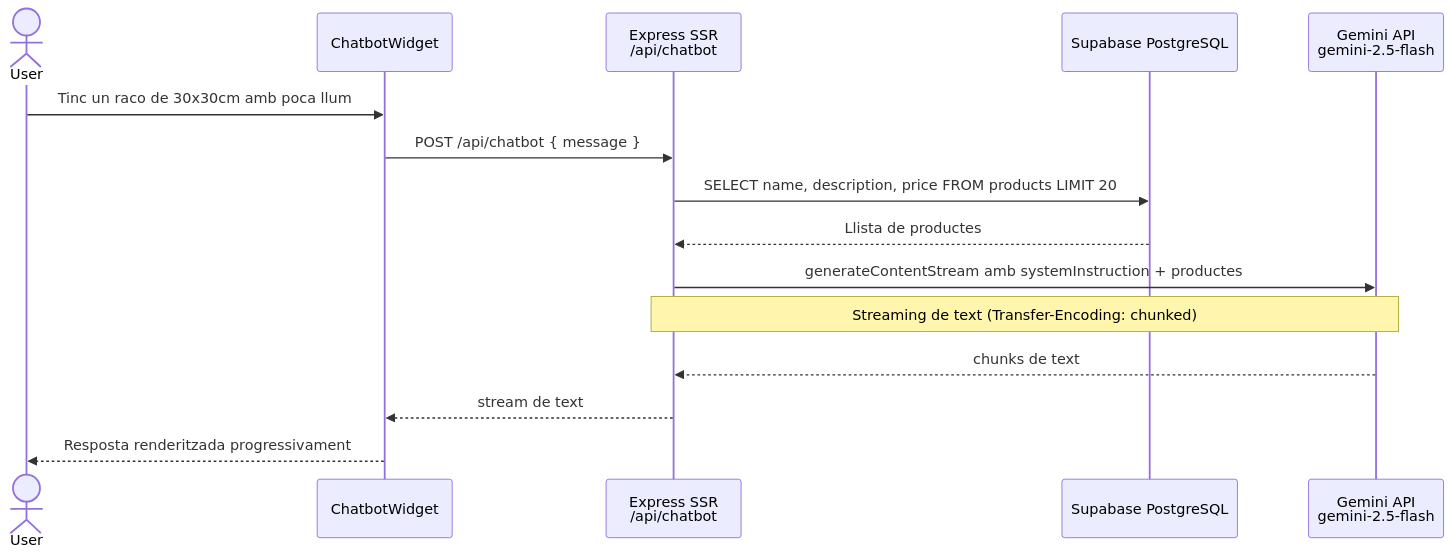
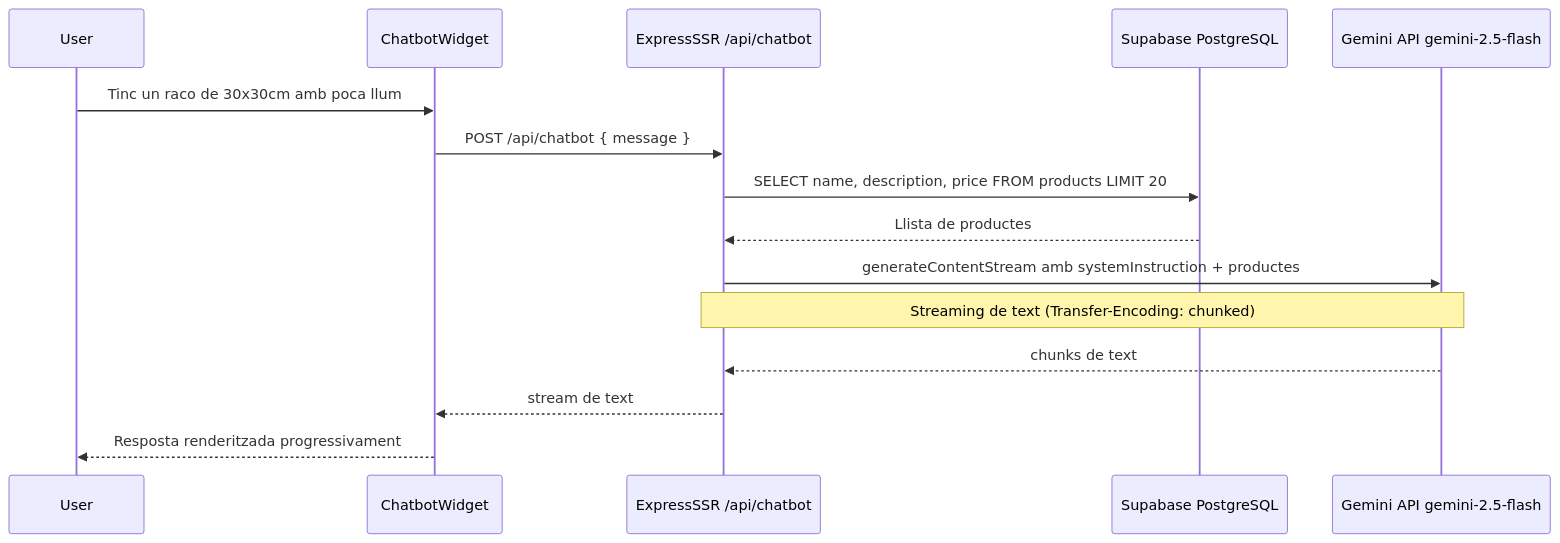
One commit to isahun/winter-garden changed the seventh of 8 diagrams in DIAGRAMS.md. Above: the diagram before and after it, drawn with Mermaid. The commit also changed other lines of this file, not shown here.

Commit message:
docs(diagrams): fix diagram visualization, ctrl shift v to visualize

````diff
--- a/DIAGRAMS.md
+++ b/DIAGRAMS.md
@@ -285,18 +285,18 @@
 ```mermaid
 sequenceDiagram
-    actor User
+    participant User
     participant Widget as ChatbotWidget
-    participant SSR as Express SSR<br/>/api/chatbot
+    participant SSR as ExpressSSR /api/chatbot
     participant DB as Supabase PostgreSQL
-    participant Gemini as Gemini API<br/>gemini-2.5-flash
+    participant Gemini as Gemini API gemini-2.5-flash
 
     User->>Widget: Tinc un raco de 30x30cm amb poca llum
     Widget->>SSR: POST /api/chatbot { message }
     SSR->>DB: SELECT name, description, price FROM products LIMIT 20
     DB-->>SSR: Llista de productes
     SSR->>Gemini: generateContentStream amb systemInstruction + productes
     Note over SSR,Gemini: Streaming de text (Transfer-Encoding: chunked)
     Gemini-->>SSR: chunks de text
     SSR-->>Widget: stream de text
     Widget-->>User: Resposta renderitzada progressivament
 ```
````
